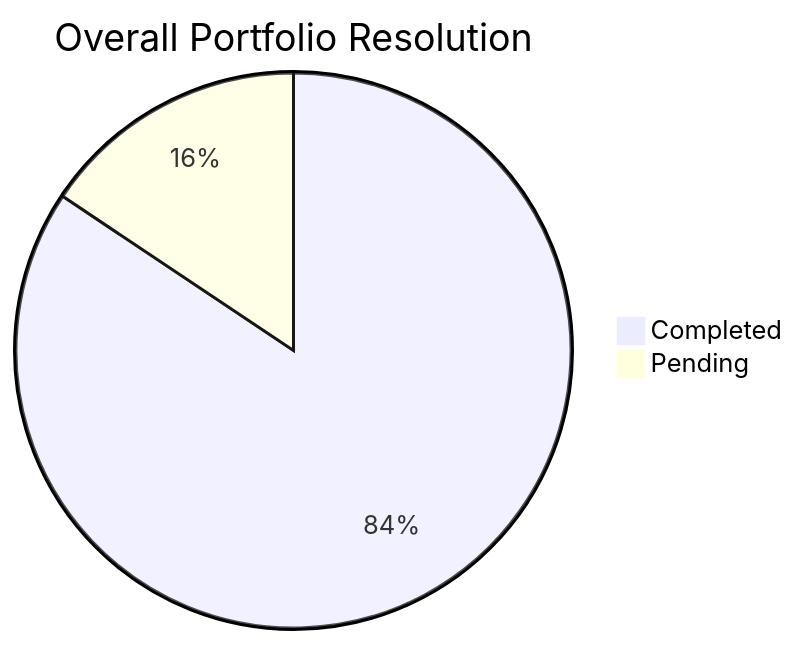
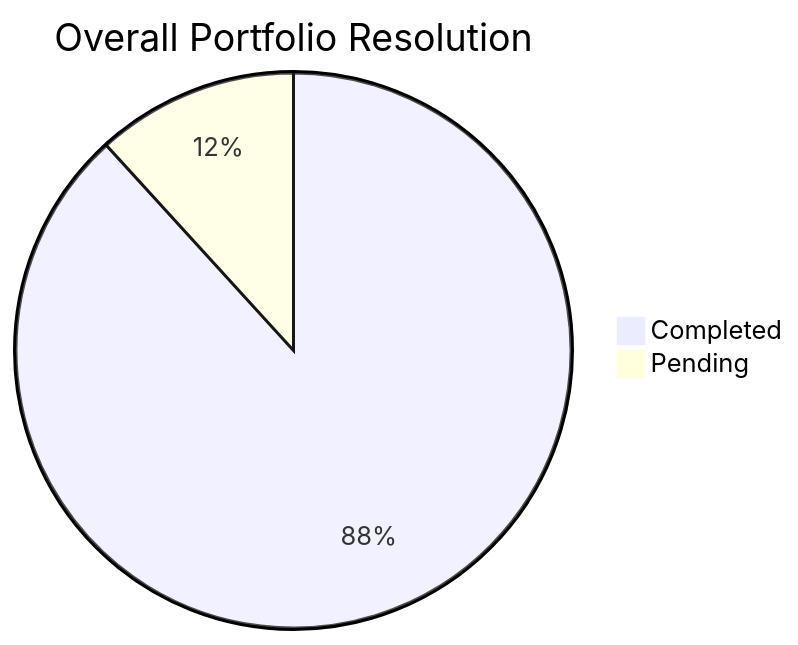
Before and after one commit to sagarms97/MyWorkDairy: the diagram in Global_Summary.md, drawn with Mermaid. The commit also changed other lines of this file and 7 other files, not shown here.

````diff
--- a/Global_Summary.md
+++ b/Global_Summary.md
@@ -12,5 +12,5 @@
 ```mermaid
 pie title Overall Portfolio Resolution
-    "Completed" : 54
-    "Pending" : 10
+    "Completed" : 60
+    "Pending" : 8
 ```
````
